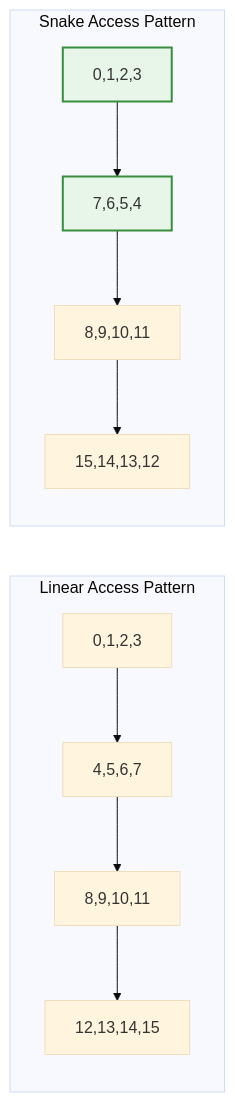
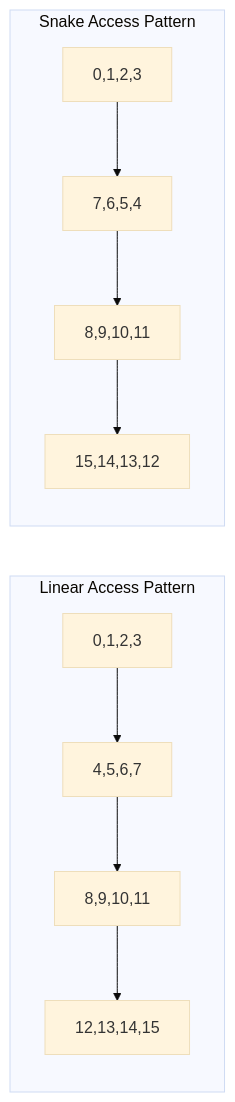
The second of 5 diagrams in projects/composablekernel/docs/conceptual/ck_tile/tile_window.rst (hdt98/rocm-libraries), drawn with Mermaid (base theme) before and after one commit. The commit also changed other lines of this file and 21 other files, not shown here.

First line of the commit message:
[ck] Updated CK Tile documentation to use mermaid diagrams (#7955)

```diff
--- a/projects/composablekernel/docs/conceptual/ck_tile/tile_window.rst
+++ b/projects/composablekernel/docs/conceptual/ck_tile/tile_window.rst
@@ -176,27 +160,24 @@
-   .. mermaid::
-   
-      graph LR
-          subgraph "Linear Access Pattern"
-              L1["0,1,2,3"]
-              L2["4,5,6,7"]
-              L3["8,9,10,11"]
-              L4["12,13,14,15"]
-          end
-          
-          subgraph "Snake Access Pattern"
-              S1["0,1,2,3"]
-              S2["7,6,5,4"]
-              S3["8,9,10,11"]
-              S4["15,14,13,12"]
-          end
-          
-          L1 --> L2
-          L2 --> L3
-          L3 --> L4
-          
-          S1 --> S2
-          S2 --> S3
-          S3 --> S4
-          
-          style S1 fill:#e8f5e9,stroke:#388e3c,stroke-width:2px
-          style S2 fill:#e8f5e9,stroke:#388e3c,stroke-width:2px
+.. mermaid::
+
+   graph LR
+       subgraph "Linear Access Pattern"
+           L1["0,1,2,3"]
+           L2["4,5,6,7"]
+           L3["8,9,10,11"]
+           L4["12,13,14,15"]
+       end
+
+       subgraph "Snake Access Pattern"
+           S1["0,1,2,3"]
+           S2["7,6,5,4"]
+           S3["8,9,10,11"]
+           S4["15,14,13,12"]
+       end
+
+       L1 --> L2
+       L2 --> L3
+       L3 --> L4
+
+       S1 --> S2
+       S2 --> S3
+       S3 --> S4
```
